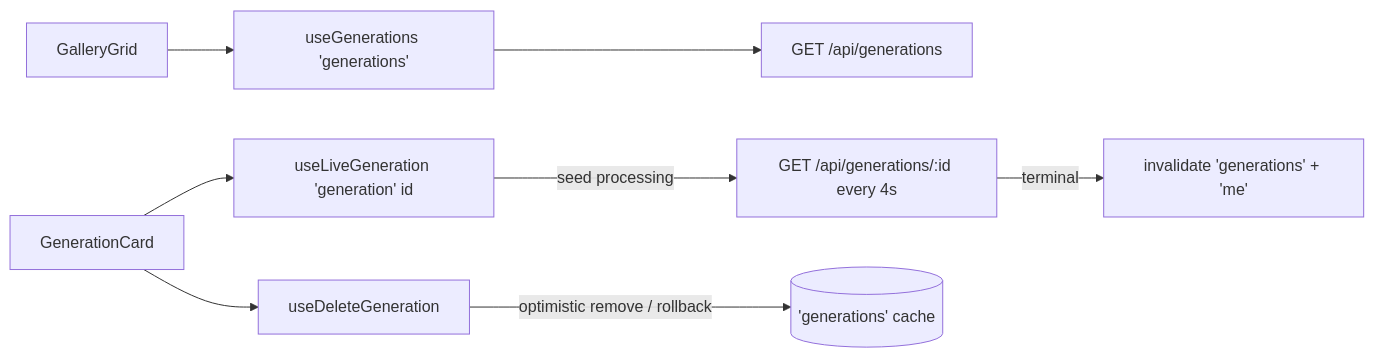
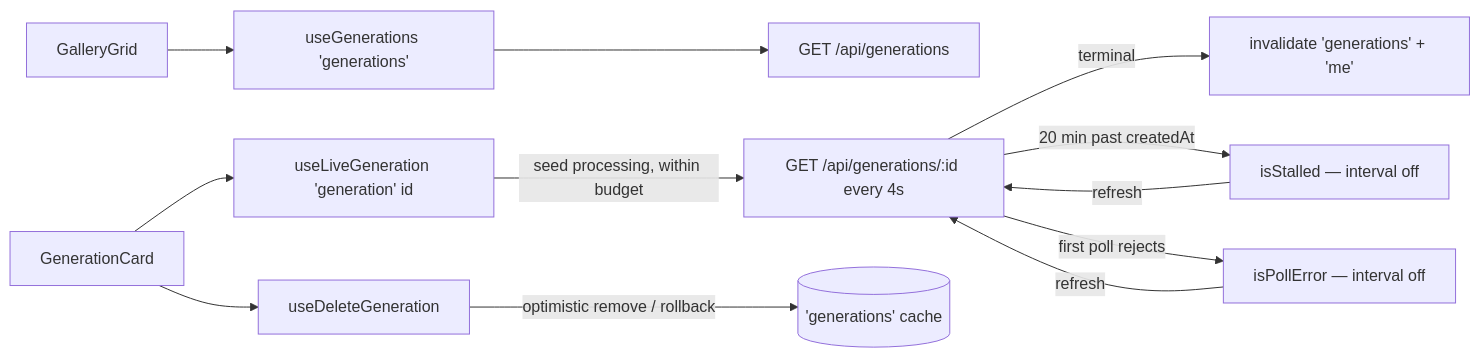
Before and after one commit to AzamatRaimbekov2/openCreate: the diagram in apps/web/src/modules/Gallery/model/generationsApi.ts.md, drawn with Mermaid. The commit also changed other lines of this file and 9 other files, not shown here.

Commit message:
fix(web): polling bounds + stalled/error card states

````diff
--- a/apps/web/src/modules/Gallery/model/generationsApi.ts.md
+++ b/apps/web/src/modules/Gallery/model/generationsApi.ts.md
@@ -33,8 +40,11 @@
 ```mermaid
 flowchart LR
   GG[GalleryGrid] --> UG[useGenerations 'generations'] --> LIST[GET /api/generations]
   GC[GenerationCard] --> UL[useLiveGeneration 'generation' id]
-  UL -->|seed processing| POLL[GET /api/generations/:id every 4s]
+  UL -->|seed processing, within budget| POLL[GET /api/generations/:id every 4s]
   POLL -->|terminal| INV[invalidate 'generations' + 'me']
+  POLL -->|20 min past createdAt| STALL[isStalled — interval off]
+  POLL -->|first poll rejects| ERR[isPollError — interval off]
+  STALL & ERR -->|refresh| POLL
   GC --> DEL[useDeleteGeneration] -->|optimistic remove / rollback| CACHE[('generations' cache)]
 ```
````
